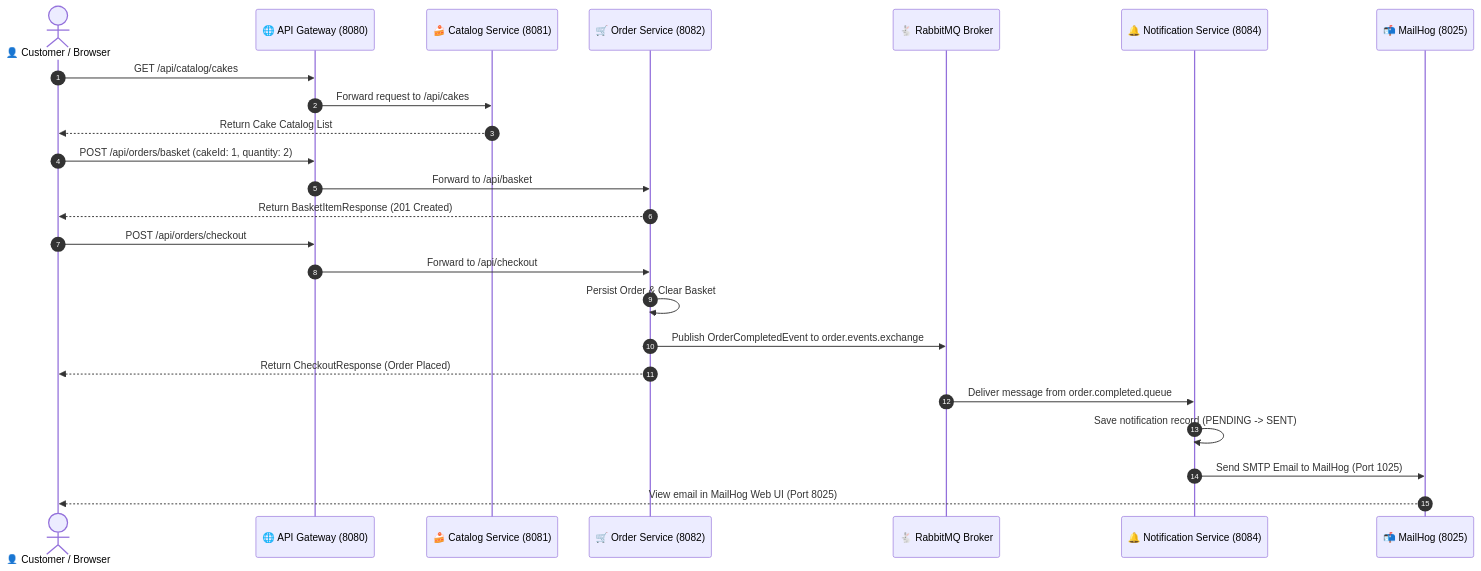
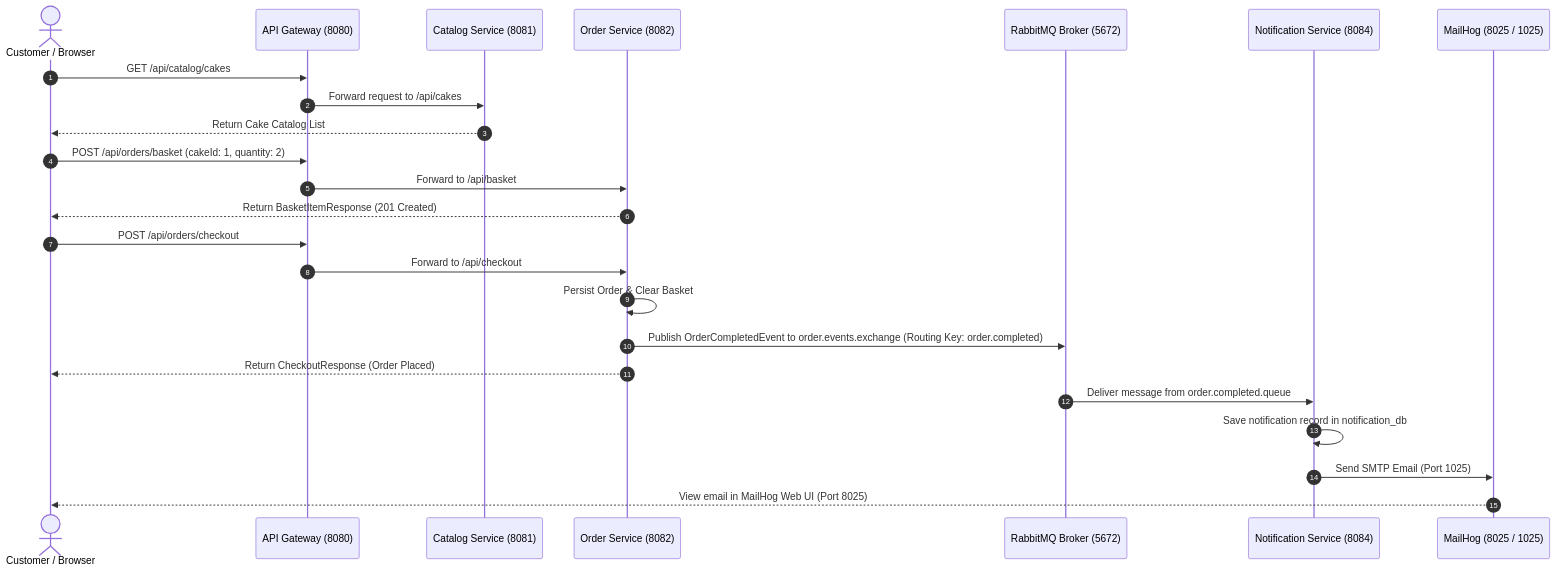
One commit to prathibha-15/Cake-Delight- changed the second of 3 diagrams in docs/architecture.md. Above: the diagram before and after it, drawn with Mermaid. The commit also changed other lines of this file, not shown here.

Commit message:
docs(architecture): fix Mermaid diagram syntax and align secret/database/port specifications

````diff
--- a/docs/architecture.md
+++ b/docs/architecture.md
@@ -81,30 +85,30 @@
 ```mermaid
 sequenceDiagram
     autonumber
-    actor Customer as 👤 Customer / Browser
-    participant Gateway as 🌐 API Gateway (8080)
-    participant Catalog as 🍰 Catalog Service (8081)
-    participant Order as 🛒 Order Service (8082)
-    participant Rabbit as 🐇 RabbitMQ Broker
-    participant Notif as 🔔 Notification Service (8084)
-    participant Mail as 📬 MailHog (8025)
+    actor Customer as Customer / Browser
+    participant Gateway as API Gateway (8080)
+    participant Catalog as Catalog Service (8081)
+    participant Order as Order Service (8082)
+    participant Rabbit as RabbitMQ Broker (5672)
+    participant Notif as Notification Service (8084)
+    participant Mail as MailHog (8025 / 1025)
 
     Customer->>Gateway: GET /api/catalog/cakes
     Gateway->>Catalog: Forward request to /api/cakes
     Catalog-->>Customer: Return Cake Catalog List
 
     Customer->>Gateway: POST /api/orders/basket (cakeId: 1, quantity: 2)
     Gateway->>Order: Forward to /api/basket
     Order-->>Customer: Return BasketItemResponse (201 Created)
 
     Customer->>Gateway: POST /api/orders/checkout
     Gateway->>Order: Forward to /api/checkout
     Order->>Order: Persist Order & Clear Basket
-    Order->>Rabbit: Publish OrderCompletedEvent to order.events.exchange
+    Order->>Rabbit: Publish OrderCompletedEvent to order.events.exchange (Routing Key: order.completed)
     Order-->>Customer: Return CheckoutResponse (Order Placed)
 
     Rabbit->>Notif: Deliver message from order.completed.queue
-    Notif->>Notif: Save notification record (PENDING -> SENT)
-    Notif->>Mail: Send SMTP Email to MailHog (Port 1025)
+    Notif->>Notif: Save notification record in notification_db
+    Notif->>Mail: Send SMTP Email (Port 1025)
     Mail-->>Customer: View email in MailHog Web UI (Port 8025)
 ```
````
